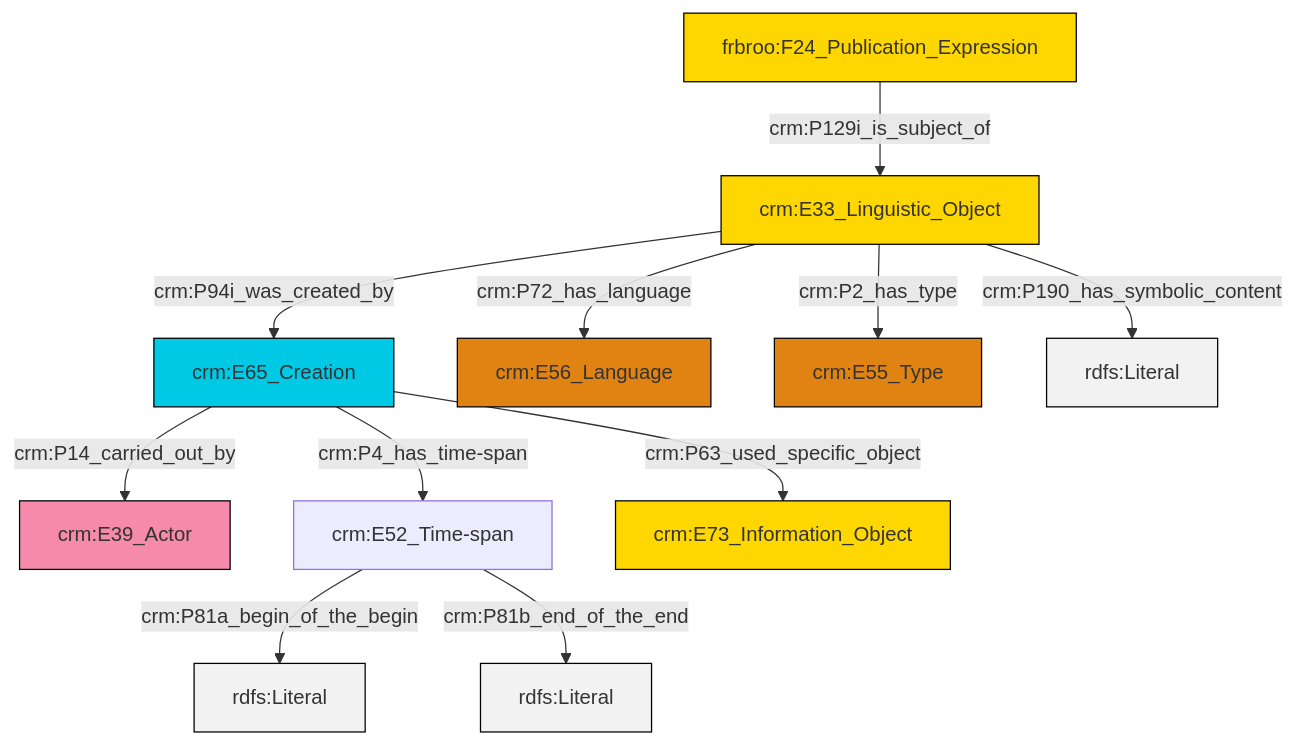
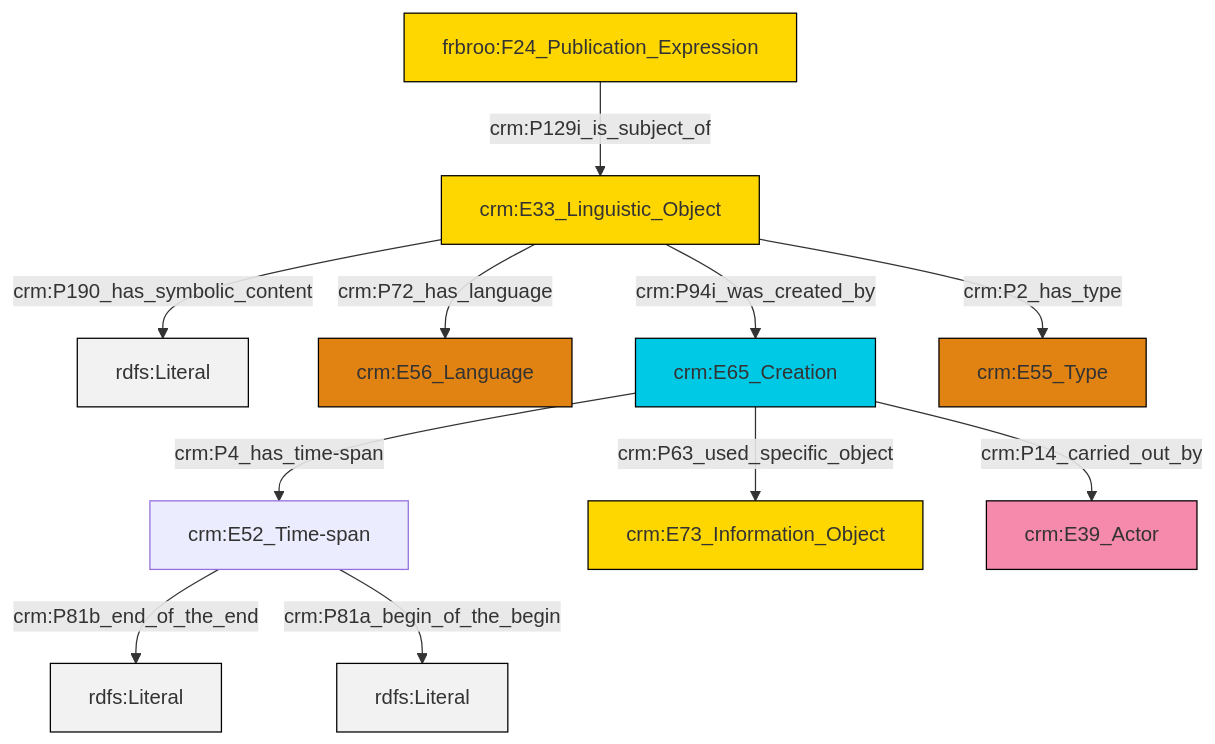
The diagram in et/biblioCSV/ttl/mmd/biblio_description.ttl.mmd (swiss-art-research-net/reference-data-models), drawn with Mermaid before and after one commit. The commit also changed 123 other files, not shown here.

```diff
--- a/et/biblioCSV/ttl/mmd/biblio_description.ttl.mmd
+++ b/et/biblioCSV/ttl/mmd/biblio_description.ttl.mmd
@@ -1,25 +1,25 @@
 graph TD
 classDef Literal fill:#f2f2f2,stroke:#000000;
 classDef CRM_Entity fill:#FFFFFF,stroke:#000000;
 classDef Temporal_Entity fill:#00C9E6, stroke:#000000;
 classDef Type fill:#E18312, stroke:#000000;
 classDef Time-Span fill:#2C9C91, stroke:#000000;
 classDef Appellation fill:#FFEB7F, stroke:#000000;
 classDef Place fill:#008836, stroke:#000000;
 classDef Persistent_Item fill:#B266B2, stroke:#000000;
 classDef Conceptual_Object fill:#FFD700, stroke:#000000;
 classDef Physical_Thing fill:#D2B48C, stroke:#000000;
 classDef Actor fill:#f58aad, stroke:#000000;
 classDef PC_Classes fill:#4ce600, stroke:#000000;
 classDef Multi fill:#cccccc,stroke:#000000;
 
-0["crm:E33_Linguistic_Object"]:::Conceptual_Object -->|crm:P94i_was_created_by| 1["crm:E65_Creation"]:::Temporal_Entity
-1["crm:E65_Creation"]:::Temporal_Entity -->|crm:P14_carried_out_by| 2["crm:E39_Actor"]:::Actor
-0["crm:E33_Linguistic_Object"]:::Conceptual_Object -->|crm:P72_has_language| 3["crm:E56_Language"]:::Type
-8["frbroo:F24_Publication_Expression"]:::Conceptual_Object -->|crm:P129i_is_subject_of| 0["crm:E33_Linguistic_Object"]:::Conceptual_Object
-9["crm:E52_Time-span"]:::Default -->|crm:P81a_begin_of_the_begin| 10[rdfs:Literal]:::Literal
-9["crm:E52_Time-span"]:::Default -->|crm:P81b_end_of_the_end| 11[rdfs:Literal]:::Literal
-1["crm:E65_Creation"]:::Temporal_Entity -->|crm:P4_has_time-span| 9["crm:E52_Time-span"]:::Default
-0["crm:E33_Linguistic_Object"]:::Conceptual_Object -->|crm:P190_has_symbolic_content| 16[rdfs:Literal]:::Literal
-1["crm:E65_Creation"]:::Temporal_Entity -->|crm:P63_used_specific_object| 12["crm:E73_Information_Object"]:::Conceptual_Object
-0["crm:E33_Linguistic_Object"]:::Conceptual_Object -->|crm:P2_has_type| 6["crm:E55_Type"]:::Type
+0["crm:E33_Linguistic_Object"]:::Conceptual_Object -->|crm:P190_has_symbolic_content| 1[rdfs:Literal]:::Literal
+0["crm:E33_Linguistic_Object"]:::Conceptual_Object -->|crm:P72_has_language| 4["crm:E56_Language"]:::Type
+7["crm:E52_Time-span"]:::Default -->|crm:P81b_end_of_the_end| 11[rdfs:Literal]:::Literal
+0["crm:E33_Linguistic_Object"]:::Conceptual_Object -->|crm:P94i_was_created_by| 5["crm:E65_Creation"]:::Temporal_Entity
+5["crm:E65_Creation"]:::Temporal_Entity -->|crm:P63_used_specific_object| 13["crm:E73_Information_Object"]:::Conceptual_Object
+0["crm:E33_Linguistic_Object"]:::Conceptual_Object -->|crm:P2_has_type| 9["crm:E55_Type"]:::Type
+5["crm:E65_Creation"]:::Temporal_Entity -->|crm:P14_carried_out_by| 15["crm:E39_Actor"]:::Actor
+2["frbroo:F24_Publication_Expression"]:::Conceptual_Object -->|crm:P129i_is_subject_of| 0["crm:E33_Linguistic_Object"]:::Conceptual_Object
+5["crm:E65_Creation"]:::Temporal_Entity -->|crm:P4_has_time-span| 7["crm:E52_Time-span"]:::Default
+7["crm:E52_Time-span"]:::Default -->|crm:P81a_begin_of_the_begin| 18[rdfs:Literal]:::Literal
```
